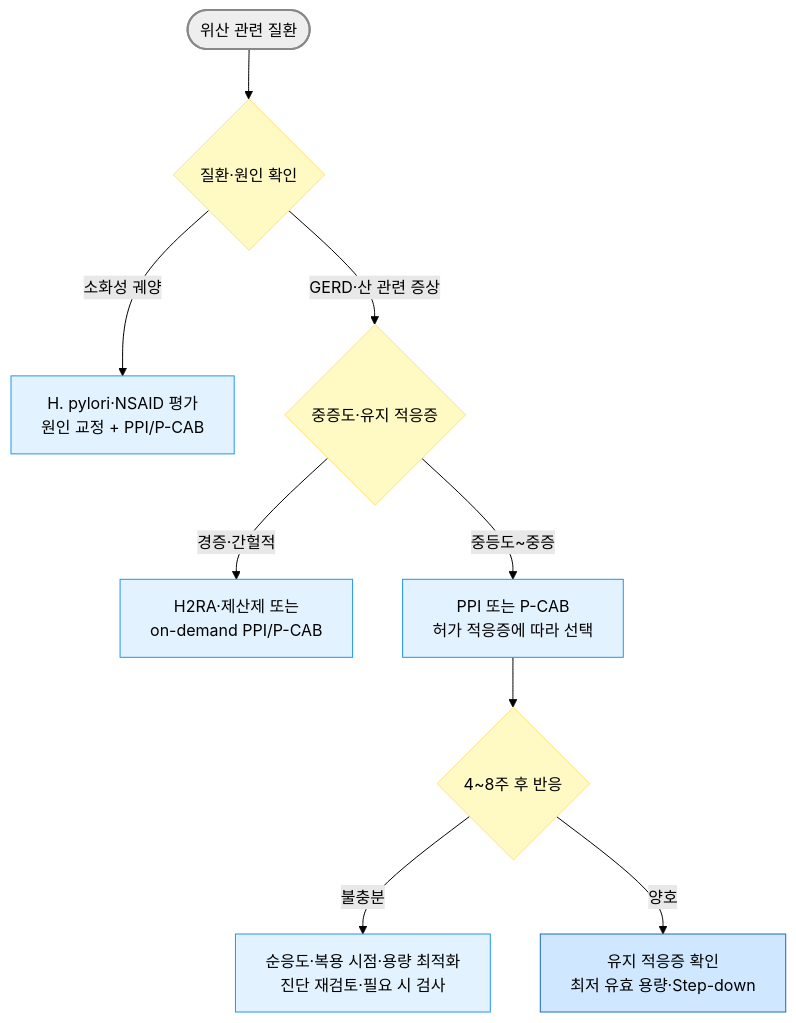
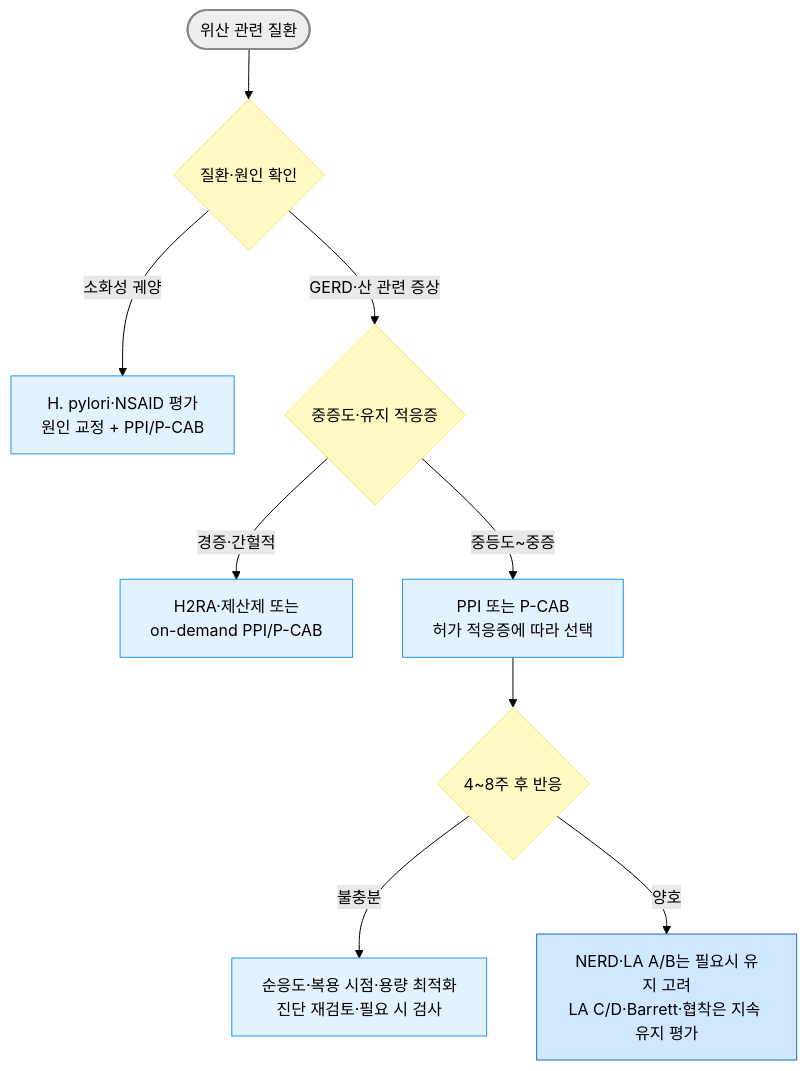
One commit to familyoh77/familyoh77 changed the diagram in 224_/073_-gidrugs.md. Above: the diagram before and after it, drawn with Mermaid (forest theme). The commit also changed other lines of this file and 13 other files, not shown here.

````diff
--- a/224_/073_-gidrugs.md
+++ b/224_/073_-gidrugs.md
@@ -481,17 +493,17 @@
 ```mermaid
 graph TD
     A([위산 관련 질환]) --> B{질환·원인 확인}
     B -- "소화성 궤양" --> P[H. pylori·NSAID 평가<br/>원인 교정 + PPI/P-CAB]
     B -- "GERD·산 관련 증상" --> C{중증도·유지 적응증}
     C -- "경증·간헐적" --> D[H2RA·제산제 또는<br/>on-demand PPI/P-CAB]
     C -- "중등도~중증" --> E[PPI 또는 P-CAB<br/>허가 적응증에 따라 선택]
     E --> F{4~8주 후 반응}
     F -- "불충분" --> G[순응도·복용 시점·용량 최적화<br/>진단 재검토·필요 시 검사]
-    F -- "양호" --> H[유지 적응증 확인<br/>최저 유효 용량·Step-down]
+    F -- "양호" --> H[NERD·LA A/B는 필요시 유지 고려<br/>LA C/D·Barrett·협착은 지속 유지 평가]
 style A fill:#eeeeee,stroke:#888888,stroke-width:2px
 classDef yellow fill:#fff9c4,stroke:#ffe082
 class B,C,F yellow
 classDef sky fill:#e3f2ff,stroke:#2196f3
 class D,E,G,P sky
 style H fill:#d0e8ff,stroke:#1a6abf
 ```
````
